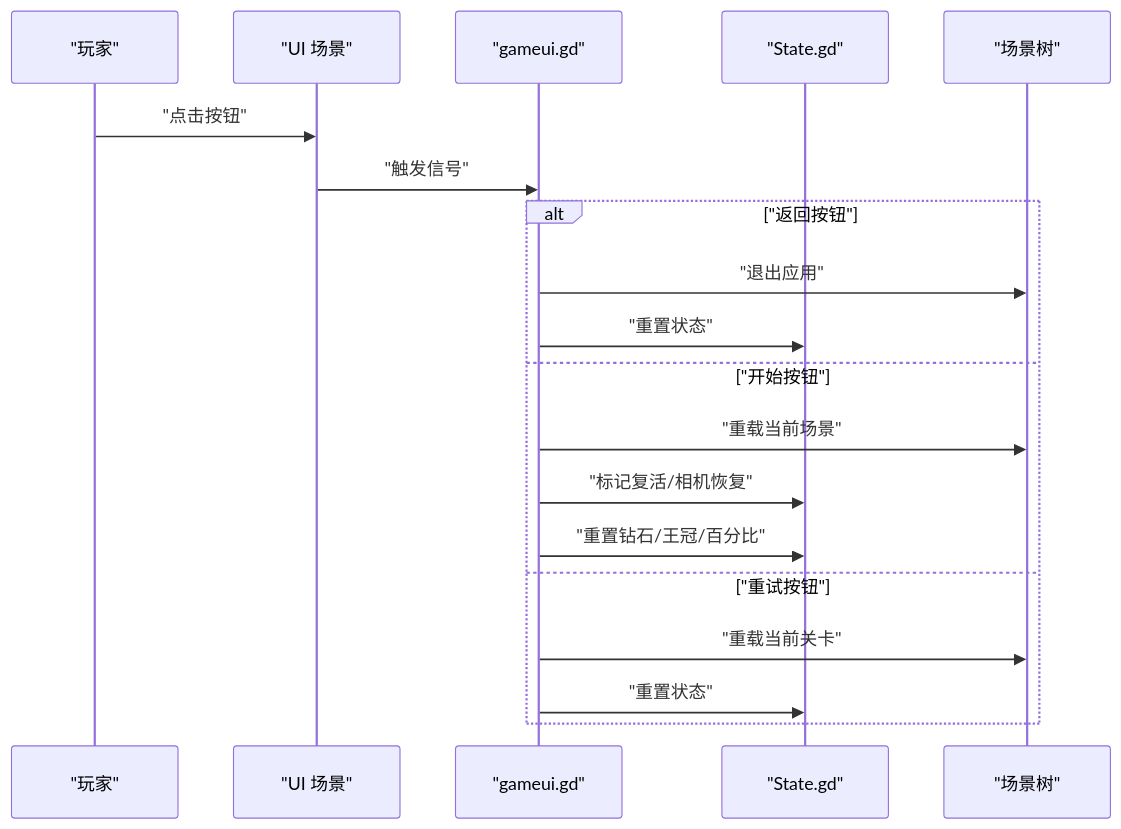
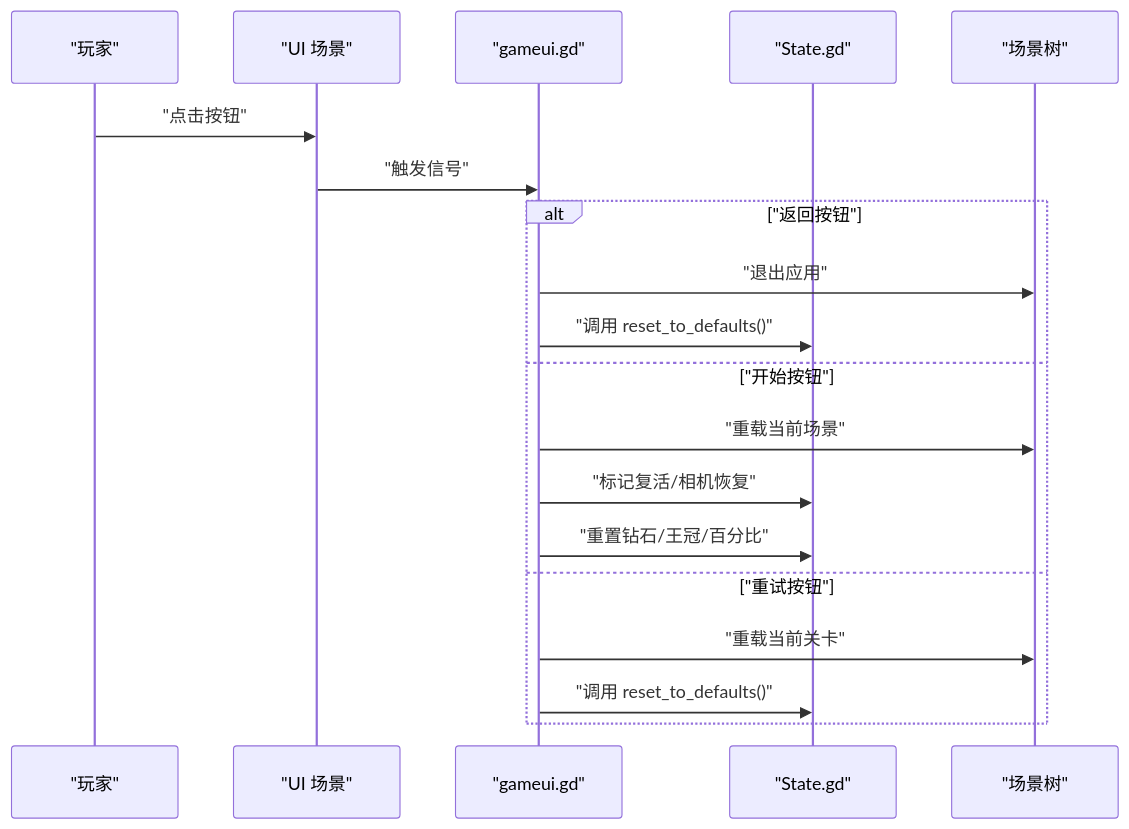
Before and after one commit to godotline/godot-line: the third of 5 diagrams in .qoder/repowiki/zh/content/游戏系统/用户界面系统.md, drawn with Mermaid. The commit also changed other lines of this file and 687 other files, not shown here.

````diff
--- a/.qoder/repowiki/zh/content/游戏系统/用户界面系统.md
+++ b/.qoder/repowiki/zh/content/游戏系统/用户界面系统.md
@@ -121,21 +136,21 @@
 ```mermaid
 sequenceDiagram
 participant Player as "玩家"
 participant UI as "UI 场景"
 participant Script as "gameui.gd"
 participant State as "State.gd"
 participant Tree as "场景树"
 Player->>UI : "点击按钮"
 UI->>Script : "触发信号"
 alt "返回按钮"
 Script->>Tree : "退出应用"
-Script->>State : "重置状态"
+Script->>State : "调用 reset_to_defaults()"
 else "开始按钮"
 Script->>Tree : "重载当前场景"
 Script->>State : "标记复活/相机恢复"
 Script->>State : "重置钻石/王冠/百分比"
 else "重试按钮"
 Script->>Tree : "重载当前关卡"
-Script->>State : "重置状态"
+Script->>State : "调用 reset_to_defaults()"
 end
 ```
````
